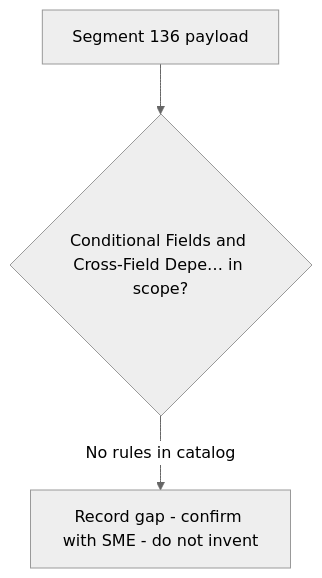
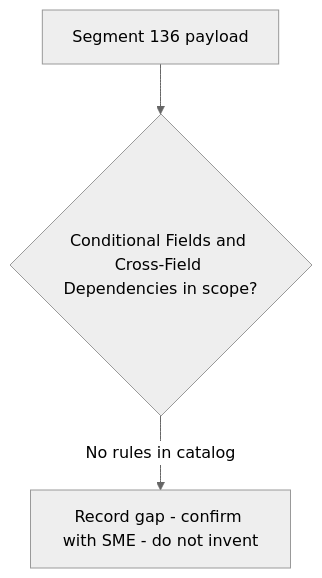
The diagram in regression-artifact-validator/specifications/ATL105/docs/specs/kb/segment-136/conditional-dependency-rules-flow.md (DhanSingh-hub/core-auth-ai-validation-framework), drawn with Mermaid (neutral theme) before and after one commit. The commit also changed 150 other files, not shown here.

````diff
--- a/regression-artifact-validator/specifications/ATL105/docs/specs/kb/segment-136/conditional-dependency-rules-flow.md
+++ b/regression-artifact-validator/specifications/ATL105/docs/specs/kb/segment-136/conditional-dependency-rules-flow.md
@@ -3,5 +3,5 @@
 ```mermaid
 flowchart TD
-    A[Segment 136 payload] --> B{Conditional Fields and Cross-Field Depe… in scope?}
+    A[Segment 136 payload] --> B{Conditional Fields and Cross-Field Dependencies in scope?}
     B -->|No rules in catalog| G[Record gap - confirm with SME - do not invent]
 ```
````
